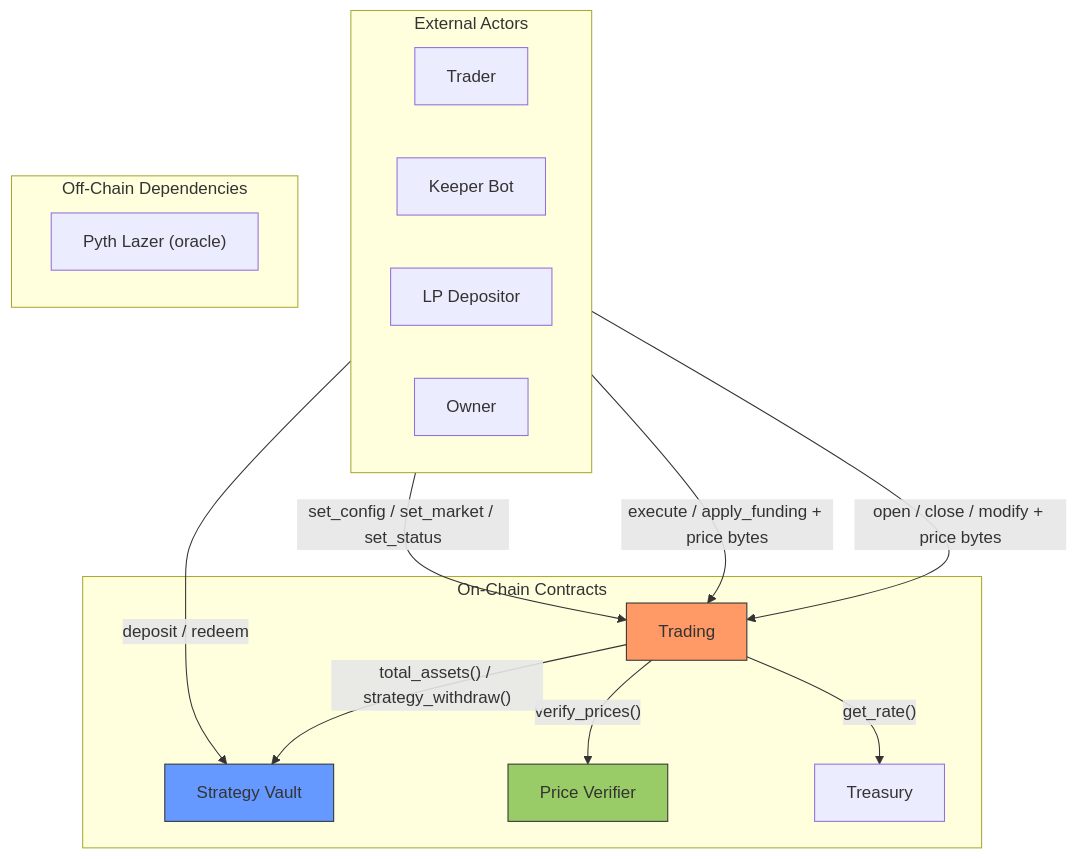
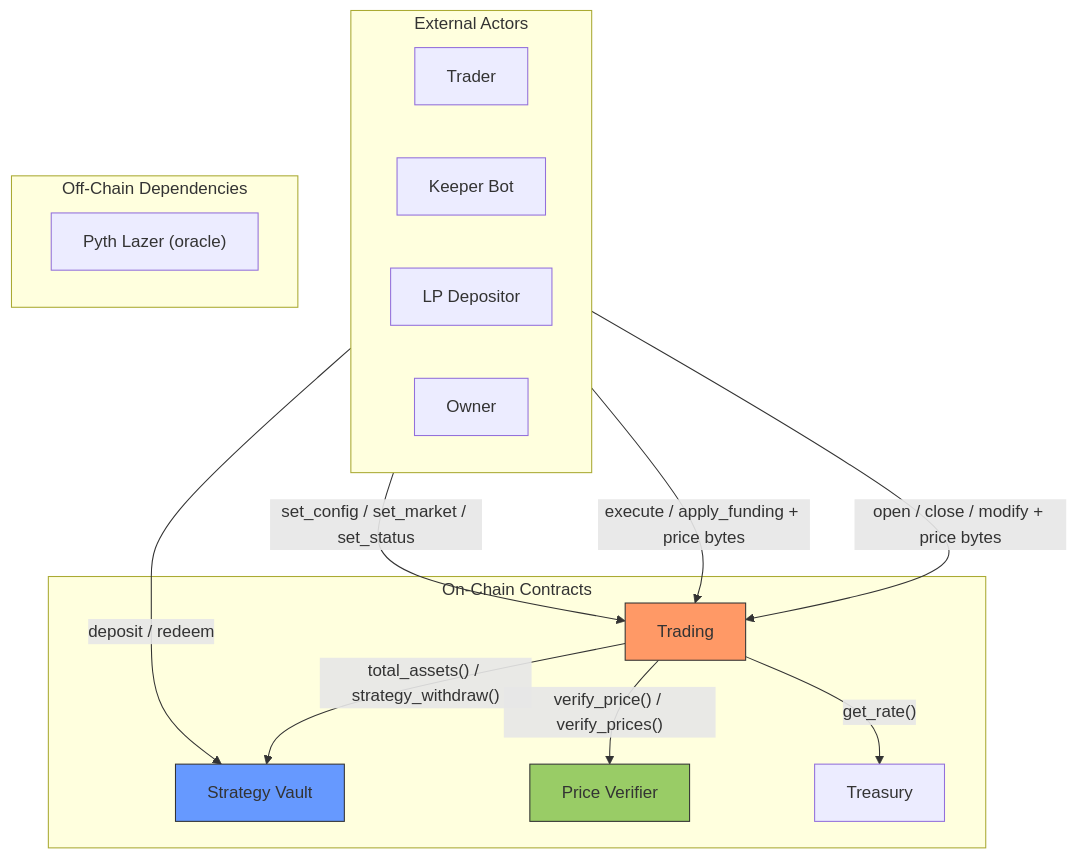
One commit to zenith-protocols/zenex-docs changed the diagram in technical/index.md. Above: the diagram before and after it, drawn with Mermaid. The commit also changed other lines of this file and 11 other files, not shown here.

First line of the commit message:
docs(technical): align trading and architecture docs with contract source

````diff
--- a/technical/index.md
+++ b/technical/index.md
@@ -25,34 +25,34 @@
 ```mermaid
 flowchart TB
     subgraph Actors["External Actors"]
         direction LR
         Trader["Trader"]
         Keeper["Keeper Bot"]
         LP["LP Depositor"]
         Admin["Owner"]
     end
 
     subgraph Contracts["On-Chain Contracts"]
         Trading["Trading"]
         Vault["Strategy Vault"]
         PV["Price Verifier"]
         Treasury["Treasury"]
     end
 
     subgraph External["Off-Chain Dependencies"]
         Pyth["Pyth Lazer (oracle)"]
     end
 
     Trader -->|"open / close / modify + price bytes"| Trading
     Keeper -->|"execute / apply_funding + price bytes"| Trading
     LP -->|"deposit / redeem"| Vault
     Admin -->|"set_config / set_market / set_status"| Trading
 
-    Trading -->|"verify_prices()"| PV
+    Trading -->|"verify_price() / verify_prices()"| PV
     Trading -->|"total_assets() / strategy_withdraw()"| Vault
     Trading -->|"get_rate()"| Treasury
 
     style Trading fill:#f96,stroke:#333
     style Vault fill:#69f,stroke:#333
     style PV fill:#9c6,stroke:#333
 ```
````
